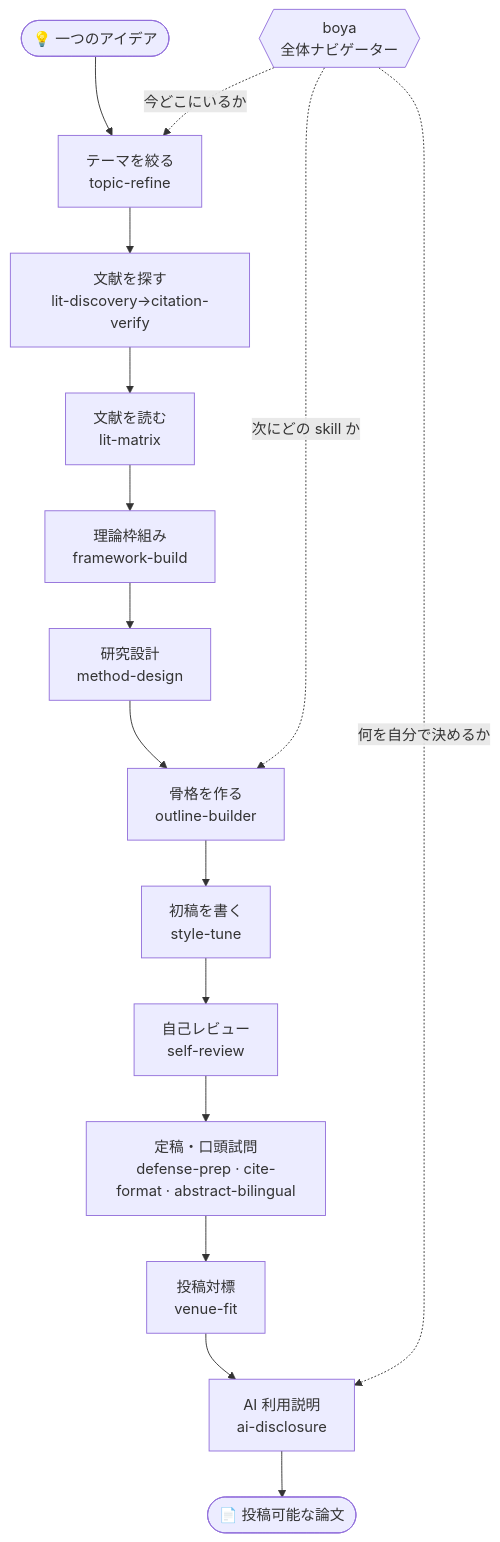
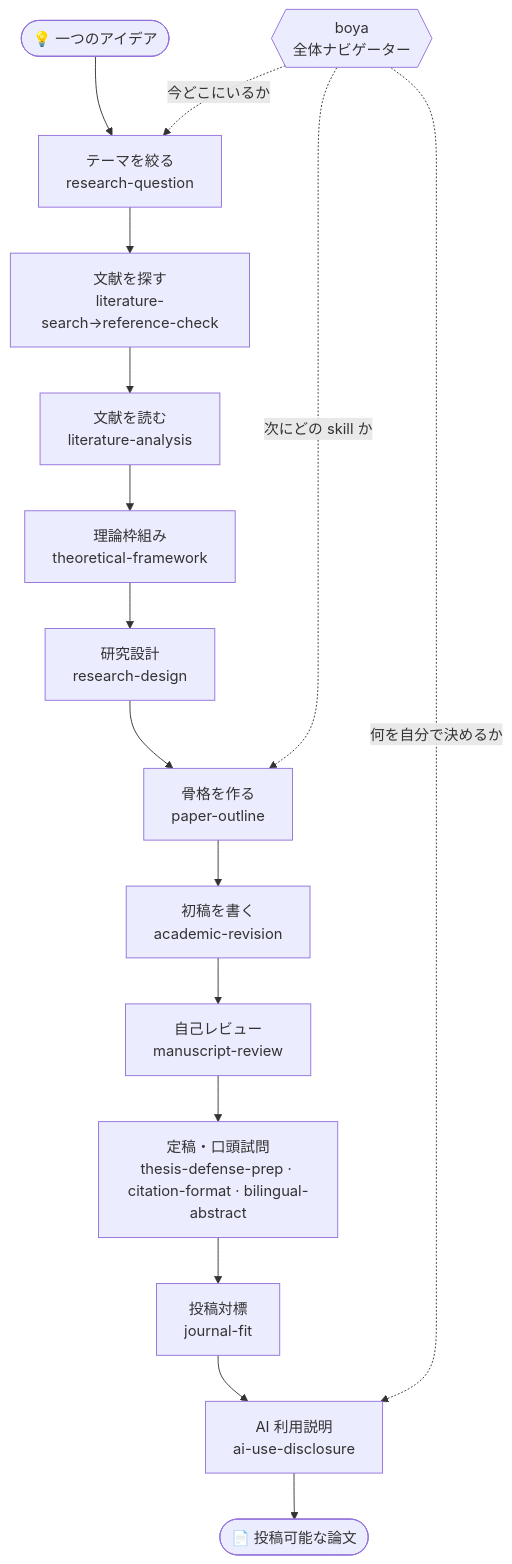
One commit to DylanChiang-Dev/BOYA-skills changed the diagram in README.ja.md. Above: the diagram before and after it, drawn with Mermaid. The commit also changed other lines of this file and 124 other files, not shown here.

````diff
--- a/README.ja.md
+++ b/README.ja.md
@@ -59,18 +59,18 @@
 ```mermaid
 flowchart TD
-    Start([💡 一つのアイデア]) --> S1[テーマを絞る<br/>topic-refine]
-    S1 --> S2[文献を探す<br/>lit-discovery→citation-verify]
-    S2 --> S3[文献を読む<br/>lit-matrix]
-    S3 --> SF[理論枠組み<br/>framework-build]
-    SF --> S4[研究設計<br/>method-design]
-    S4 --> S5[骨格を作る<br/>outline-builder]
-    S5 --> S6[初稿を書く<br/>style-tune]
-    S6 --> S7[自己レビュー<br/>self-review]
-    S7 --> S8[定稿・口頭試問<br/>defense-prep · cite-format · abstract-bilingual]
-    S8 --> S9[投稿対標<br/>venue-fit]
-    S9 --> S10[AI 利用説明<br/>ai-disclosure]
+    Start([💡 一つのアイデア]) --> S1[テーマを絞る<br/>research-question]
+    S1 --> S2[文献を探す<br/>literature-search→reference-check]
+    S2 --> S3[文献を読む<br/>literature-analysis]
+    S3 --> SF[理論枠組み<br/>theoretical-framework]
+    SF --> S4[研究設計<br/>research-design]
+    S4 --> S5[骨格を作る<br/>paper-outline]
+    S5 --> S6[初稿を書く<br/>academic-revision]
+    S6 --> S7[自己レビュー<br/>manuscript-review]
+    S7 --> S8[定稿・口頭試問<br/>thesis-defense-prep · citation-format · bilingual-abstract]
+    S8 --> S9[投稿対標<br/>journal-fit]
+    S9 --> S10[AI 利用説明<br/>ai-use-disclosure]
     S10 --> End([📄 投稿可能な論文])
     RM{{boya<br/>全体ナビゲーター}} -.今どこにいるか.-> S1
     RM -.次にどの skill か.-> S5
     RM -.何を自分で決めるか.-> S10
 ```
````
